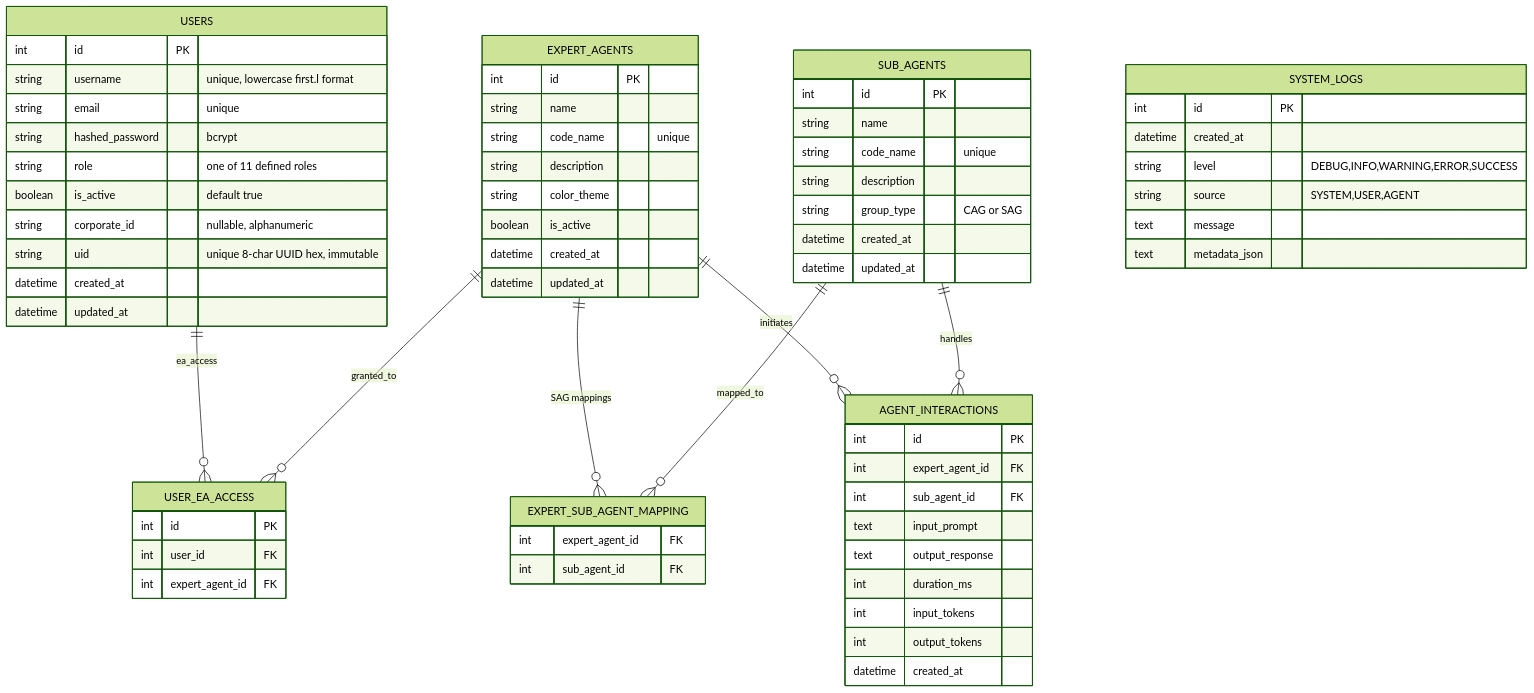
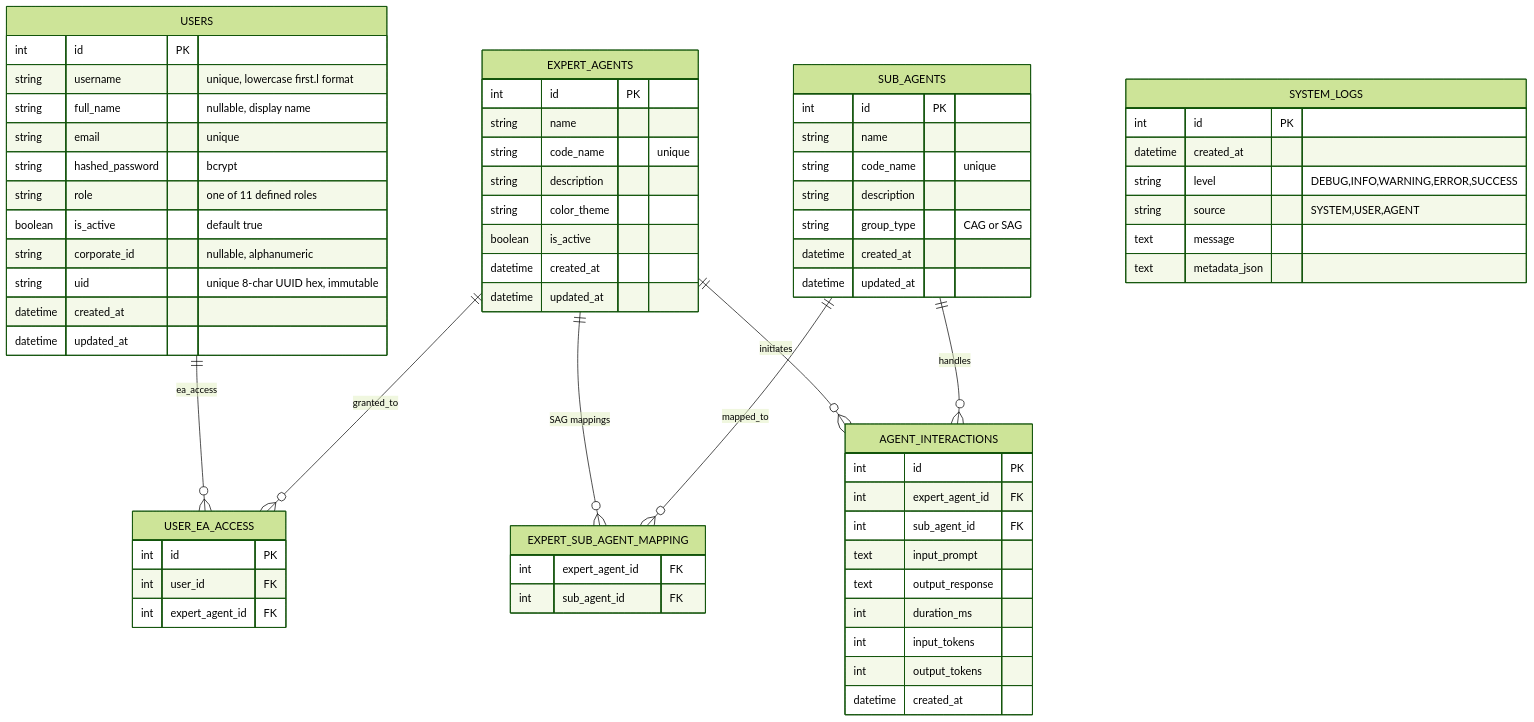
Before and after one commit to sanjivscenterxdags/UI_AppsFrame: the second of 2 diagrams in SPEC.md, drawn with Mermaid (forest theme). The commit also changed other lines of this file and 1 other file, not shown here.

````diff
--- a/SPEC.md
+++ b/SPEC.md
@@ -131,69 +131,70 @@
 ```mermaid
 erDiagram
     USERS {
         int id PK
         string username "unique, lowercase first.l format"
+        string full_name "nullable, display name"
         string email "unique"
         string hashed_password "bcrypt"
         string role "one of 11 defined roles"
         boolean is_active "default true"
         string corporate_id "nullable, alphanumeric"
         string uid "unique 8-char UUID hex, immutable"
         datetime created_at
         datetime updated_at
     }
     USER_EA_ACCESS {
         int id PK
         int user_id FK
         int expert_agent_id FK
     }
     EXPERT_AGENTS {
         int id PK
         string name
         string code_name "unique"
         string description
         string color_theme
         boolean is_active
         datetime created_at
         datetime updated_at
     }
     SUB_AGENTS {
         int id PK
         string name
         string code_name "unique"
         string description
         string group_type "CAG or SAG"
         datetime created_at
         datetime updated_at
     }
     EXPERT_SUB_AGENT_MAPPING {
         int expert_agent_id FK
         int sub_agent_id FK
     }
     AGENT_INTERACTIONS {
         int id PK
         int expert_agent_id FK
         int sub_agent_id FK
         text input_prompt
         text output_response
         int duration_ms
         int input_tokens
         int output_tokens
         datetime created_at
     }
     SYSTEM_LOGS {
         int id PK
         datetime created_at
         string level "DEBUG,INFO,WARNING,ERROR,SUCCESS"
         string source "SYSTEM,USER,AGENT"
         text message
         text metadata_json
     }
 
     USERS ||--o{ USER_EA_ACCESS : "ea_access"
     EXPERT_AGENTS ||--o{ USER_EA_ACCESS : "granted_to"
     EXPERT_AGENTS ||--o{ EXPERT_SUB_AGENT_MAPPING : "SAG mappings"
     SUB_AGENTS ||--o{ EXPERT_SUB_AGENT_MAPPING : "mapped_to"
     EXPERT_AGENTS ||--o{ AGENT_INTERACTIONS : "initiates"
     SUB_AGENTS ||--o{ AGENT_INTERACTIONS : "handles"
 ```
````
